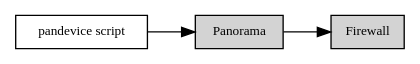
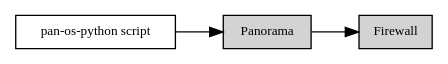
Before and after one commit to PaloAltoNetworks/pan-os-python: the second of 2 diagrams in docs/howto.rst, drawn with Graphviz. The commit also changed other lines of this file and 70 other files, not shown here.

First line of the commit message:
chore: Rebrand to pan-os-python

```diff
--- a/docs/howto.rst
+++ b/docs/howto.rst
@@ -63,9 +63,9 @@
 .. graphviz::
 
    digraph directconnect {
       graph [rankdir=LR, fontsize=10, margin=0.001];
       node [shape=box, fontsize=10, height=0.001, margin=0.1, ordering=out];
-      "pandevice script" -> "Panorama" -> "Firewall";
+      "pan-os-python script" -> "Panorama" -> "Firewall";
       Panorama [style=filled];
       Firewall [style=filled];
    }
```
